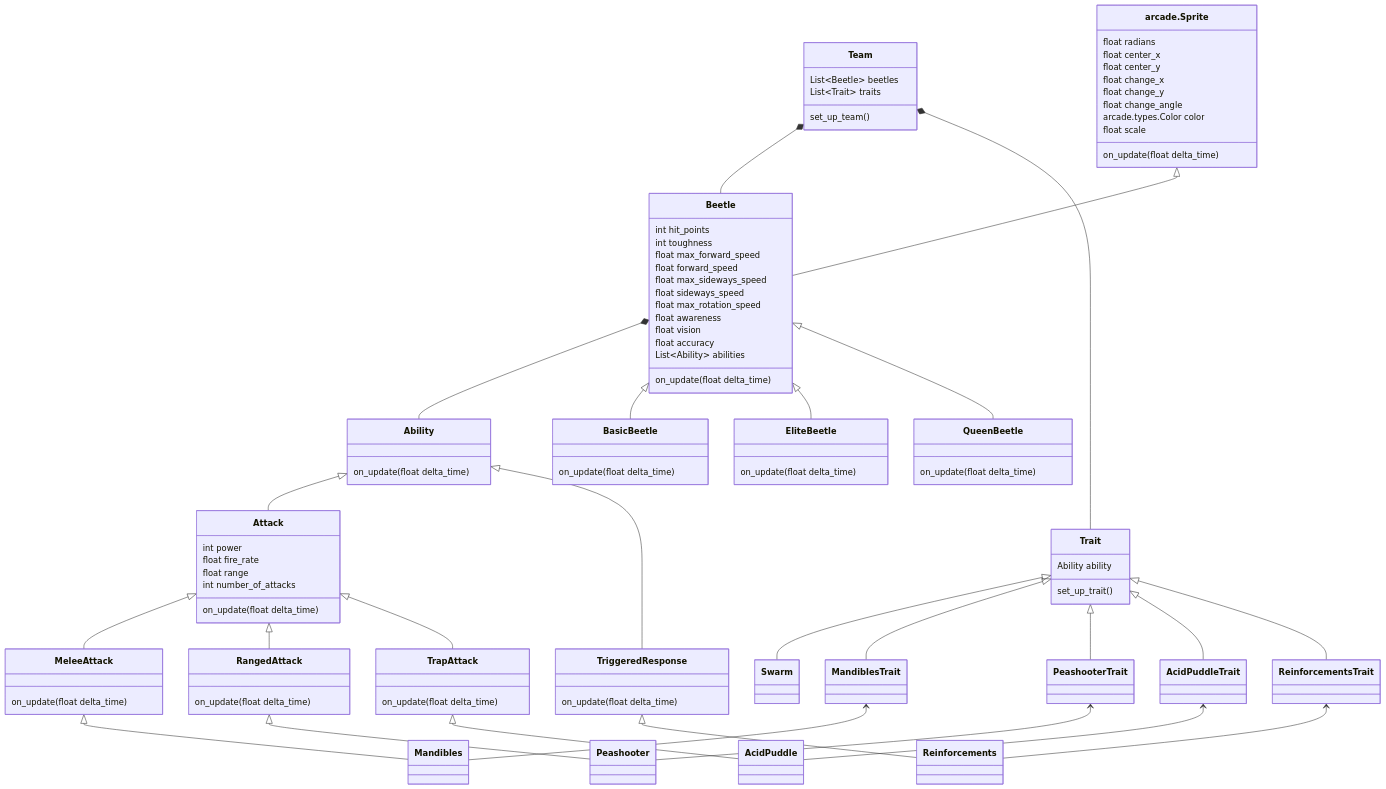
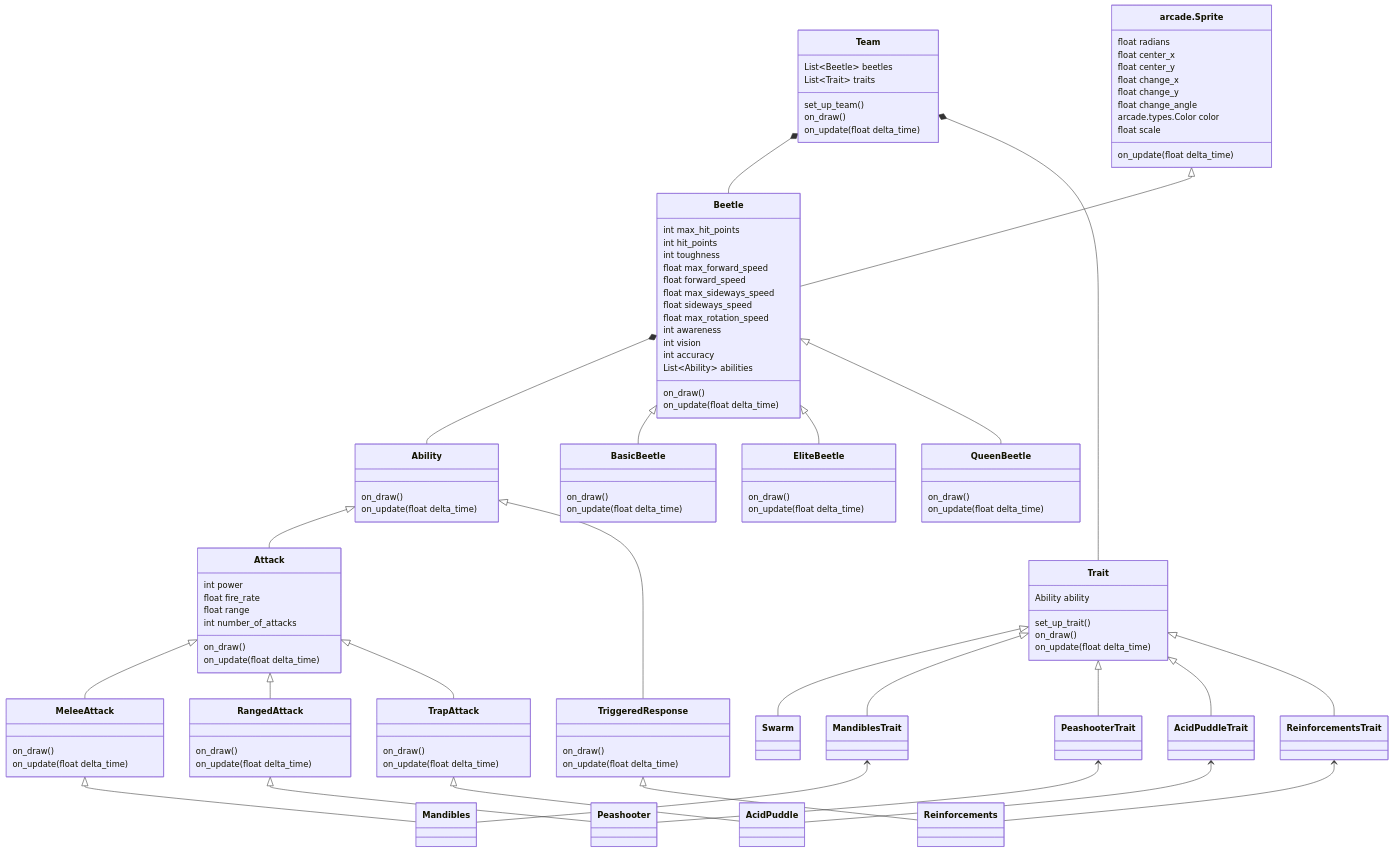
The diagram in Notes/BeetlebergsDesign.md (C-Shart/Beetlebergs), drawn with Mermaid before and after one commit. The commit also changed other lines of this file and 7 other files, not shown here.

````diff
--- a/Notes/BeetlebergsDesign.md
+++ b/Notes/BeetlebergsDesign.md
@@ -43,6 +43,8 @@
     List~Beetle~ beetles
     List~Trait~ traits
     set_up_team()
+    on_draw()
+    on_update(float delta_time)
   }
 
   Team *-- Beetle
@@ -51,6 +53,8 @@
   class Trait{
     Ability ability
     set_up_trait()
+    on_draw()
+    on_update(float delta_time)
   }
 
   Trait <|-- Swarm
@@ -60,6 +64,7 @@
   Trait <|-- ReinforcementsTrait
 
   class Ability{
+    on_draw()
     on_update(float delta_time)
   }
 
@@ -69,11 +74,13 @@
     float fire_rate
     float range
     int number_of_attacks
+    on_draw()
     on_update(float delta_time)
   }
 
   Attack <|-- MeleeAttack
   class MeleeAttack{
+    on_draw()
     on_update(float delta_time)
   }
 
@@ -82,6 +89,7 @@
 
   Attack <|-- RangedAttack
   class RangedAttack{
+    on_draw()
     on_update(float delta_time)
   }
 
@@ -90,6 +98,7 @@
 
   Attack <|-- TrapAttack
   class TrapAttack{
+    on_draw()
     on_update(float delta_time)
   }
 
@@ -98,6 +107,7 @@
 
   Ability <|-- TriggeredResponse
   class TriggeredResponse{
+    on_draw()
     on_update(float delta_time)
   }
 
@@ -118,6 +128,7 @@
 
   `arcade.Sprite`<|-- Beetle
   class Beetle{
+    int max_hit_points
     int hit_points
     int toughness
     float max_forward_speed
@@ -125,21 +136,25 @@
     float max_sideways_speed
     float sideways_speed
     float max_rotation_speed
-    float awareness
-    float vision
-    float accuracy
+    int awareness
+    int vision
+    int accuracy
     List~Ability~ abilities
+    on_draw()
     on_update(float delta_time)
   }
 
   Beetle *-- Ability
 
   Beetle <|-- BasicBeetle
+  BasicBeetle : on_draw()
   BasicBeetle : on_update(float delta_time)
 
   Beetle <|-- EliteBeetle
+  EliteBeetle : on_draw()
   EliteBeetle : on_update(float delta_time)
 
   Beetle <|-- QueenBeetle
+  QueenBeetle : on_draw()
   QueenBeetle : on_update(float delta_time)
 ```
````
